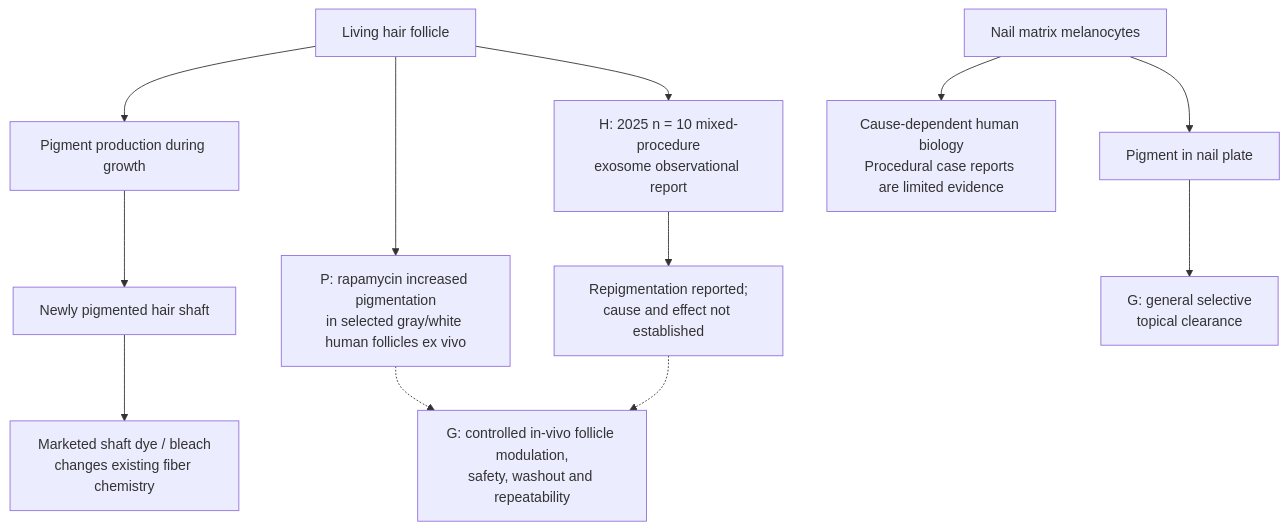
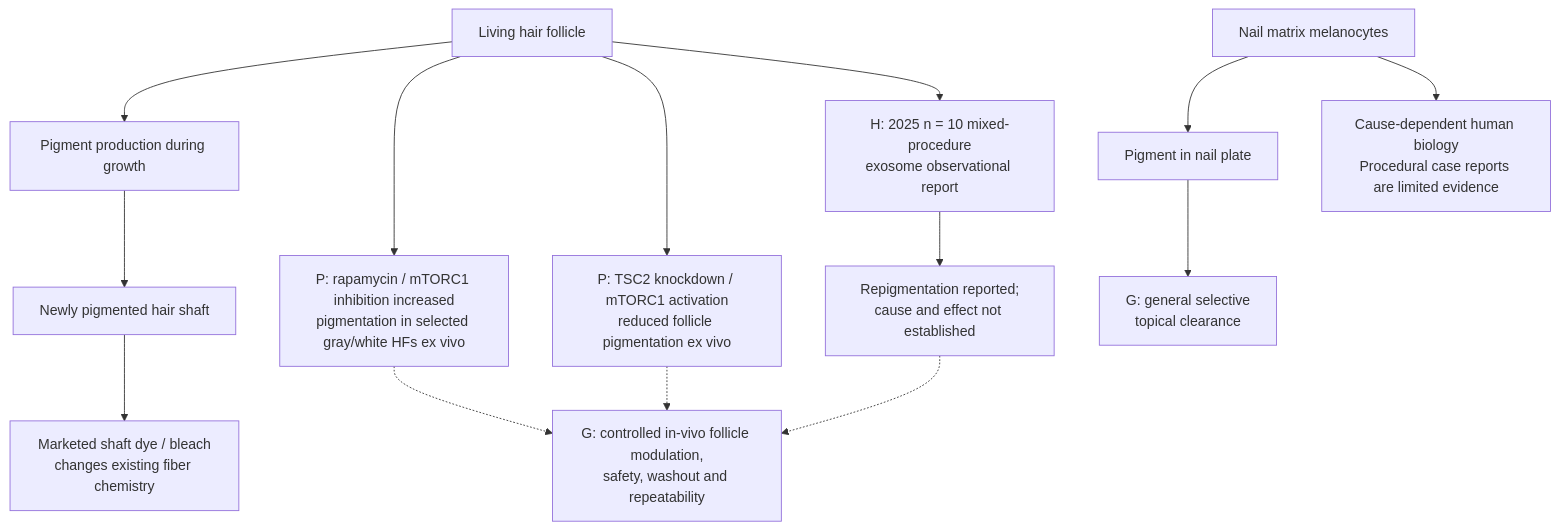
Diagram 22 of 38 in research/tissue-pigment-atlas.md (dylanstechmann/iris-color-without-contacts), drawn with Mermaid before and after one commit. The commit also changed other lines of this file, not shown here.

Commit message:
Clarify bidirectional follicle model evidence

````diff
--- a/research/tissue-pigment-atlas.md
+++ b/research/tissue-pigment-atlas.md
@@ -617,14 +617,16 @@
 ```mermaid
 flowchart TD
     H["Living hair follicle"] --> HP["Pigment production during growth"]
     HP --> HS["Newly pigmented hair shaft"]
     HS --> HC["Marketed shaft dye / bleach<br/>changes existing fiber chemistry"]
-    H --> R["P: rapamycin increased pigmentation<br/>in selected gray/white human follicles ex vivo"]
+    H --> R["P: rapamycin / mTORC1 inhibition increased<br/>pigmentation in selected gray/white HFs ex vivo"]
+    H --> M["P: TSC2 knockdown / mTORC1 activation<br/>reduced follicle pigmentation ex vivo"]
     R -.-> HG["G: controlled in-vivo follicle modulation,<br/>safety, washout and repeatability"]
+    M -.-> HG
     H --> EX["H: 2025 n = 10 mixed-procedure<br/>exosome observational report"]
     EX --> EXG["Repigmentation reported;<br/>cause and effect not established"]
     EXG -.-> HG
     N["Nail matrix melanocytes"] --> NP["Pigment in nail plate"]
     NP --> NG["G: general selective<br/>topical clearance"]
     N --> ND["Cause-dependent human biology<br/>Procedural case reports are limited evidence"]
 ```
````
